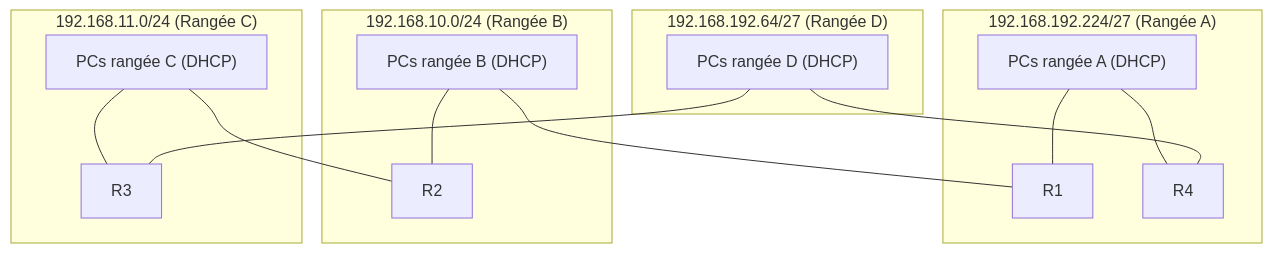
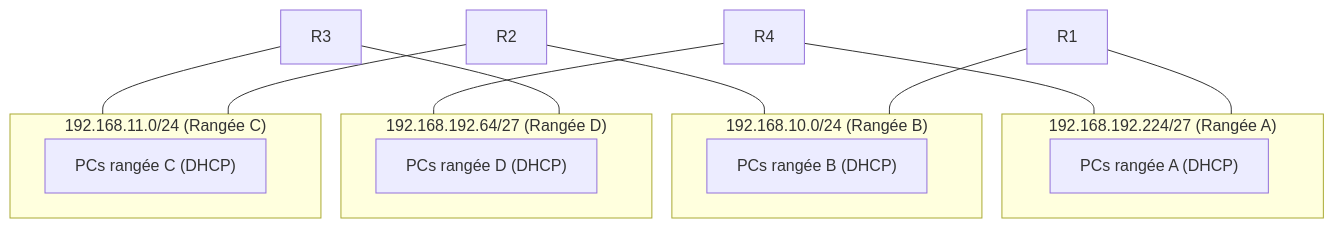
One commit to tunkasina/CoursPereBoullard changed the diagram in CoursReseau/Partie 2 - Routage IP.md. Above: the diagram before and after it, drawn with Mermaid.

Commit message:
vault backup: 09-24 14:58:44

````diff
--- a/CoursReseau/Partie 2 - Routage IP.md
+++ b/CoursReseau/Partie 2 - Routage IP.md
@@ -41,42 +41,44 @@
 ``` mermaid
-graph TD
-
-subgraph Réseau_A["192.168.192.224/27 (Rangée A)"]
-  PC_A1["PCs rangée A (DHCP)"]
-  R1
-  R4
-end
-
-subgraph Réseau_B["192.168.10.0/24 (Rangée B)"]
-  PC_B1["PCs rangée B (DHCP)"]
-  R1
-  R2
-end
-
-subgraph Réseau_C["192.168.11.0/24 (Rangée C)"]
-  PC_C1["PCs rangée C (DHCP)"]
-  R2
-  R3
-end
-
-subgraph Réseau_D["192.168.192.64/27 (Rangée D)"]
-  PC_D1["PCs rangée D (DHCP)"]
-  R3
-  R4
-end
+graph TB
 
 R1["R1"]
 R2["R2"]
 R3["R3"]
 R4["R4"]
 
-PC_A1 --- R1
-PC_A1 --- R4
-PC_B1 --- R1
-PC_B1 --- R2
-PC_C1 --- R2
-PC_C1 --- R3
-PC_D1 --- R3
-PC_D1 --- R4
+subgraph Réseau_A["192.168.192.224/27 (Rangée A)"]
+  PC_A1["PCs rangée A (DHCP)"]
+end
+
+subgraph Réseau_B["192.168.10.0/24 (Rangée B)"]
+  PC_B1["PCs rangée B (DHCP)"]
+end
+
+subgraph Réseau_C["192.168.11.0/24 (Rangée C)"]
+  PC_C1["PCs rangée C (DHCP)"]
+end
+
+subgraph Réseau_D["192.168.192.64/27 (Rangée D)"]
+  PC_D1["PCs rangée D (DHCP)"]
+end
+
+%% Liaisons Routeurs ↔ Réseaux
+R1 --- Réseau_A
+R4 --- Réseau_A
+
+R1 --- Réseau_B
+R2 --- Réseau_B
+
+R2 --- Réseau_C
+R3 --- Réseau_C
+
+R3 --- Réseau_D
+R4 --- Réseau_D
+
+%% Liaisons PC ↔ Réseaux
+PC_A1 --- Réseau_A
+PC_B1 --- Réseau_B
+PC_C1 --- Réseau_C
+PC_D1 --- Réseau_D
 
 ```
````
